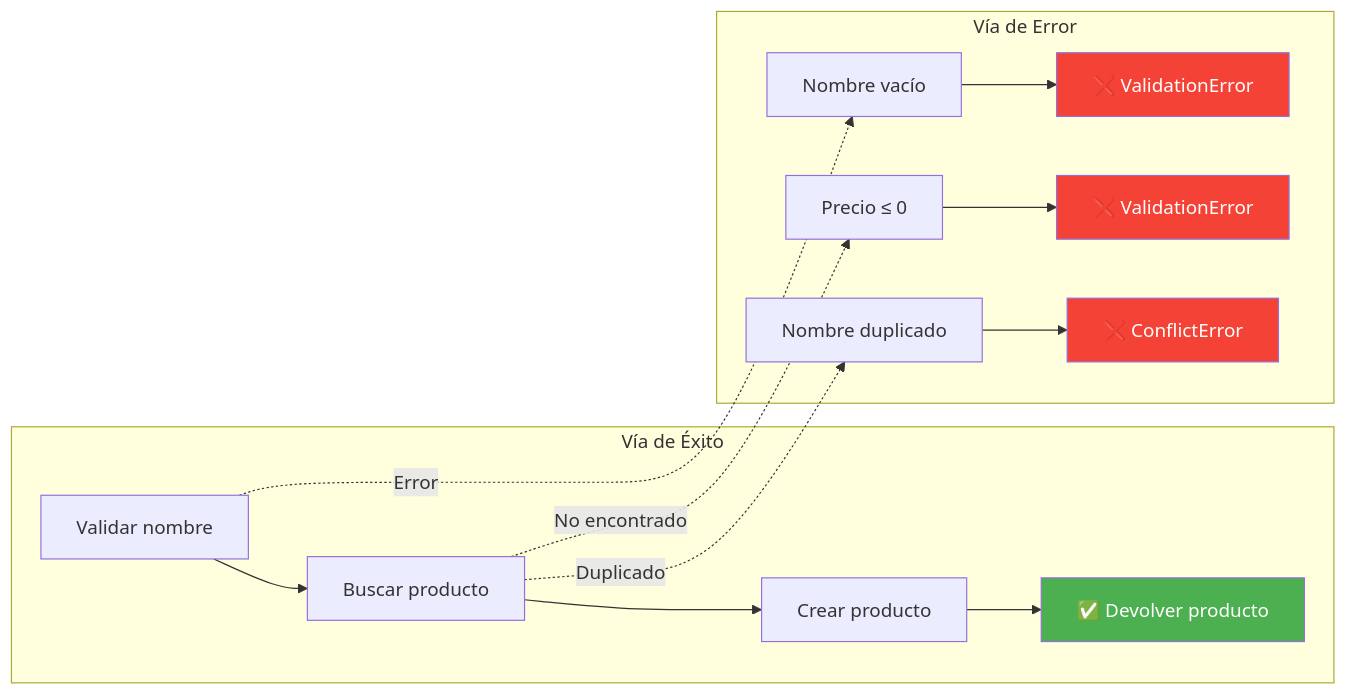
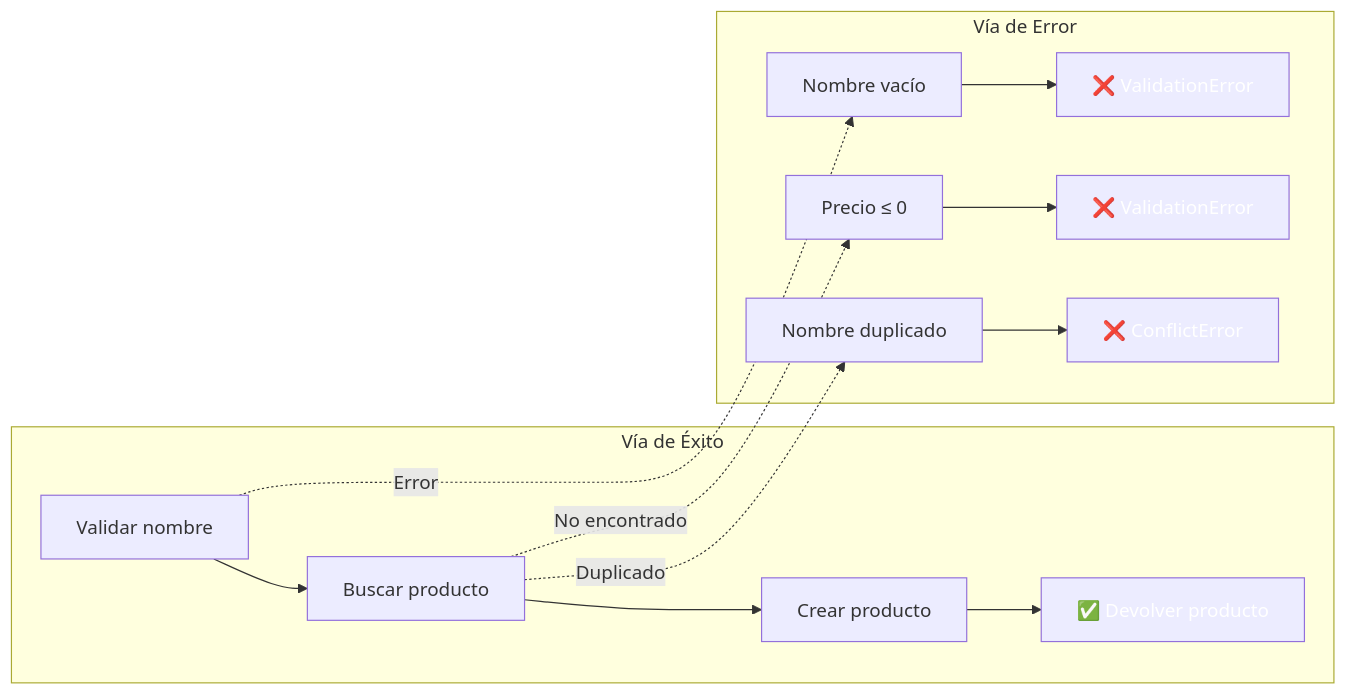
One commit to joseluisgs/DesarrolloWebEntornosServidor-02-2026-2027 changed the fourth of 4 diagrams in 07-excepciones-patron-result.md. Above: the diagram before and after it, drawn with Mermaid. The commit also changed other lines of this file and 41 other files, not shown here.

````diff
--- a/07-excepciones-patron-result.md
+++ b/07-excepciones-patron-result.md
@@ -292,23 +292,23 @@
 ```mermaid
 flowchart LR
     subgraph "Vía de Éxito"
         S1["Validar nombre"] --> S2["Buscar producto"]
         S2 --> S3["Crear producto"]
         S3 --> S4["✅ Devolver producto"]
     end
 
     subgraph "Vía de Error"
         E1["Nombre vacío"] --> E4["❌ ValidationError"]
         E2["Precio ≤ 0"] --> E5["❌ ValidationError"]
         E3["Nombre duplicado"] --> E6["❌ ConflictError"]
     end
 
     S1 -.->|Error| E1
     S2 -.->|No encontrado| E2
     S2 -.->|Duplicado| E3
 
-    style S4 fill:#4CAF50,color:#fff
-    style E4 fill:#f44336,color:#fff
-    style E5 fill:#f44336,color:#fff
-    style E6 fill:#f44336,color:#fff
+    style S4 fill:#4CAF5,color:#fff0,color:#fff
+    style E4 fill:#f4433,color:#fff6,color:#fff
+    style E5 fill:#f4433,color:#fff6,color:#fff
+    style E6 fill:#f4433,color:#fff6,color:#fff
 ```
````
